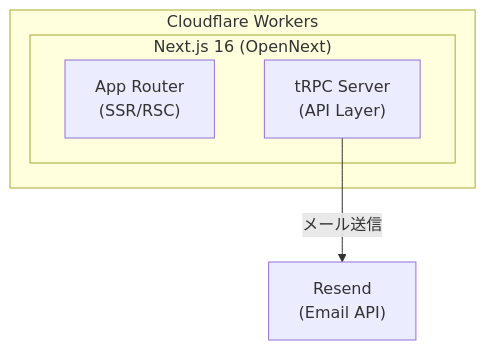
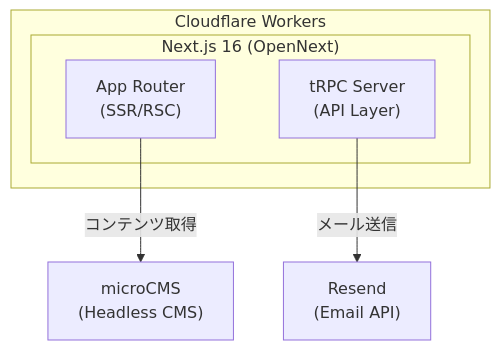
The first of 5 diagrams in docs/architecture.md (Nudel-LLC/website), drawn with Mermaid before and after one commit. The commit also changed other lines of this file and 3 other files, not shown here.

````diff
--- a/docs/architecture.md
+++ b/docs/architecture.md
@@ -5,10 +5,11 @@
 ```mermaid
 graph TB
     subgraph CF["Cloudflare Workers"]
         subgraph NX["Next.js 16 (OpenNext)"]
             AR["App Router<br/>(SSR/RSC)"]
             TR["tRPC Server<br/>(API Layer)"]
         end
     end
+    AR -->|"コンテンツ取得"| MC["microCMS<br/>(Headless CMS)"]
     TR -->|"メール送信"| RS["Resend<br/>(Email API)"]
 ```
````
